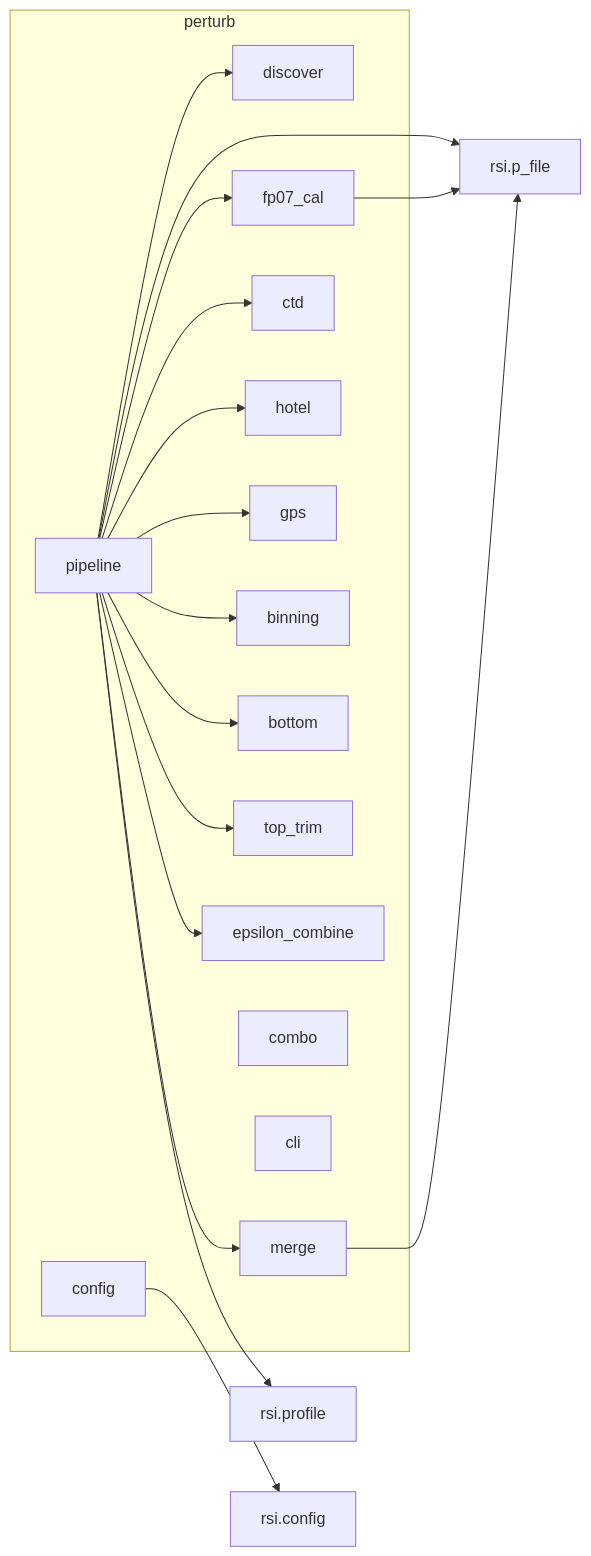
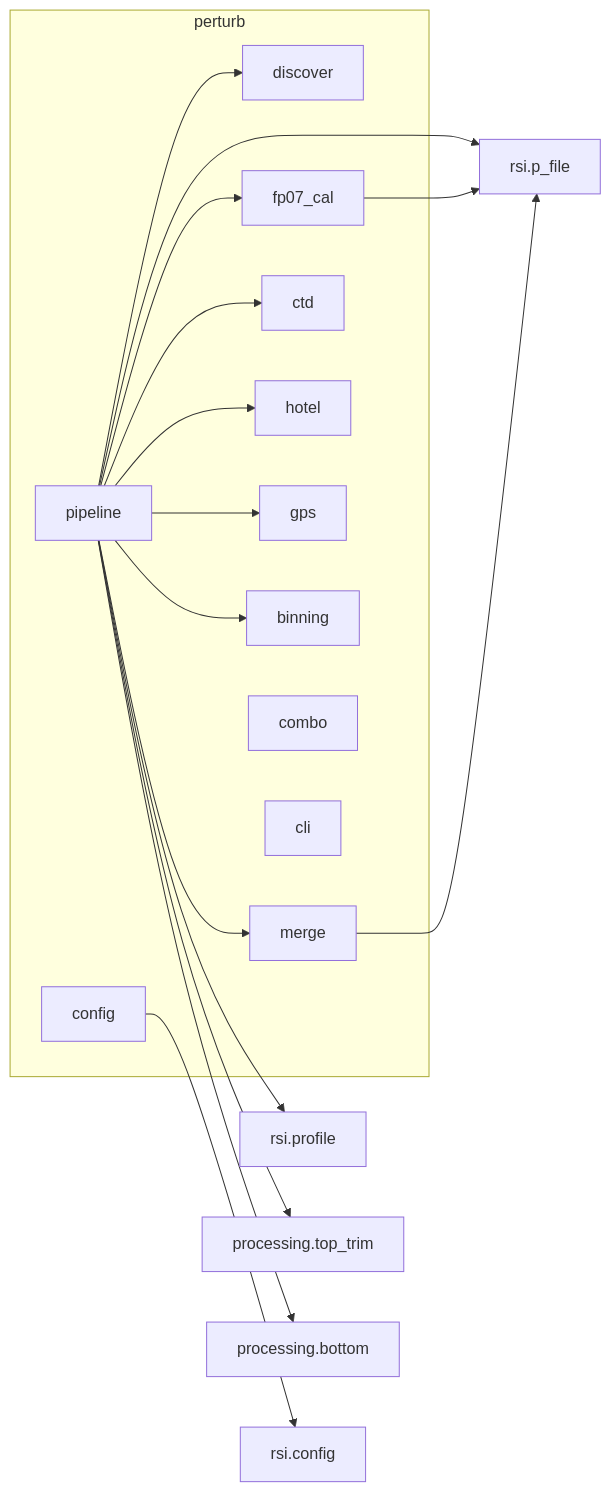
The fifth of 6 diagrams in docs/ARCHITECTURE.md (mousebrains/turbulence), drawn with Mermaid before and after one commit. The commit also changed other lines of this file and 15 other files, not shown here.

````diff
--- a/docs/ARCHITECTURE.md
+++ b/docs/ARCHITECTURE.md
@@ -219,23 +230,22 @@
 ```mermaid
 graph LR
     subgraph perturb
         pipeline --> discover
         pipeline --> merge
         pipeline --> fp07_cal
         pipeline --> ctd
         pipeline --> hotel
         pipeline --> gps
         pipeline --> binning
-        pipeline --> bottom
-        pipeline --> top_trim
-        pipeline --> epsilon_combine
         combo
         config
         cli
     end
     pipeline --> rsi.p_file
     pipeline --> rsi.profile
+    pipeline --> processing.top_trim
+    pipeline --> processing.bottom
     fp07_cal --> rsi.p_file
     merge --> rsi.p_file
     config --> rsi.config
 ```
````
